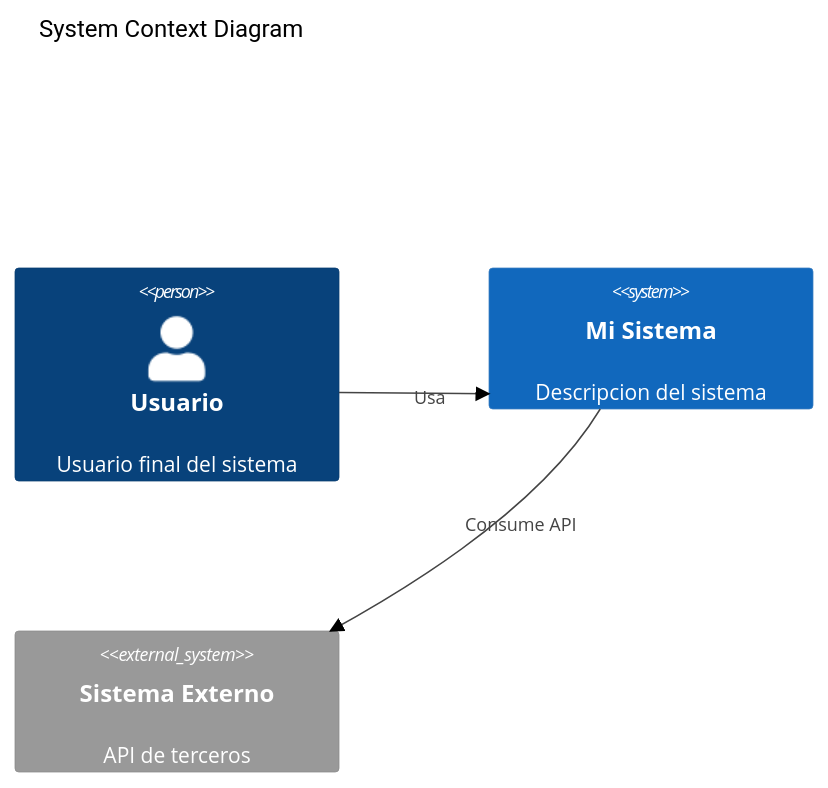
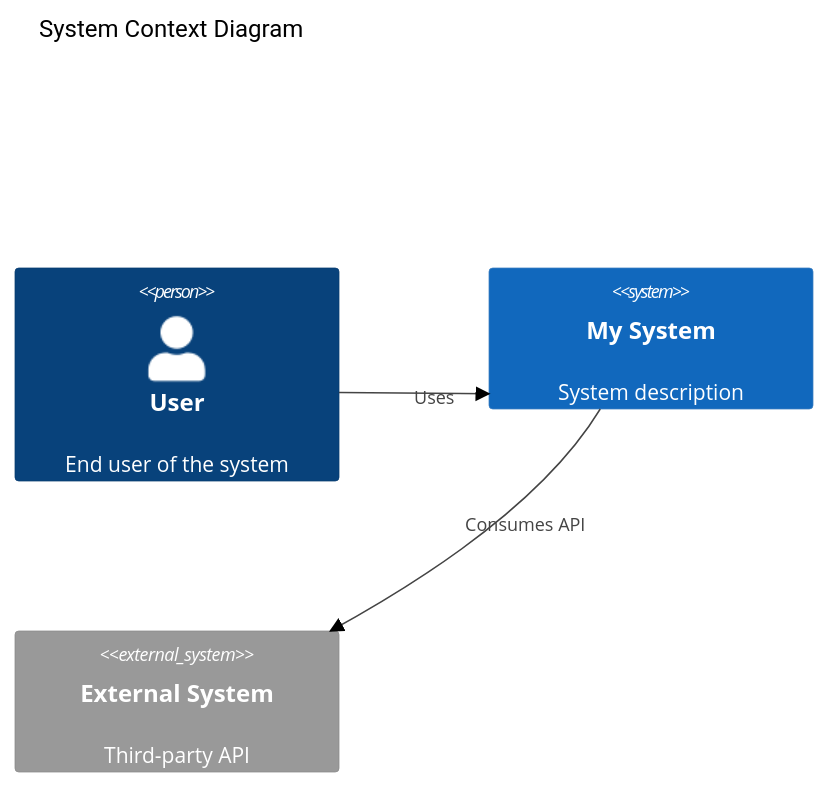
Before and after one commit to Lkodestyle/claude-agents: the first of 2 diagrams in .claude/agents/architecture.md, drawn with Mermaid (neutral theme). The commit also changed other lines of this file and 26 other files, not shown here.

````diff
--- a/.claude/agents/architecture.md
+++ b/.claude/agents/architecture.md
@@ -88,11 +88,11 @@
 ```mermaid
 C4Context
     title System Context Diagram
 
-    Person(user, "Usuario", "Usuario final del sistema")
-    System(system, "Mi Sistema", "Descripcion del sistema")
-    System_Ext(external, "Sistema Externo", "API de terceros")
+    Person(user, "User", "End user of the system")
+    System(system, "My System", "System description")
+    System_Ext(external, "External System", "Third-party API")
 
-    Rel(user, system, "Usa")
-    Rel(system, external, "Consume API")
+    Rel(user, system, "Uses")
+    Rel(system, external, "Consumes API")
 ```
````
